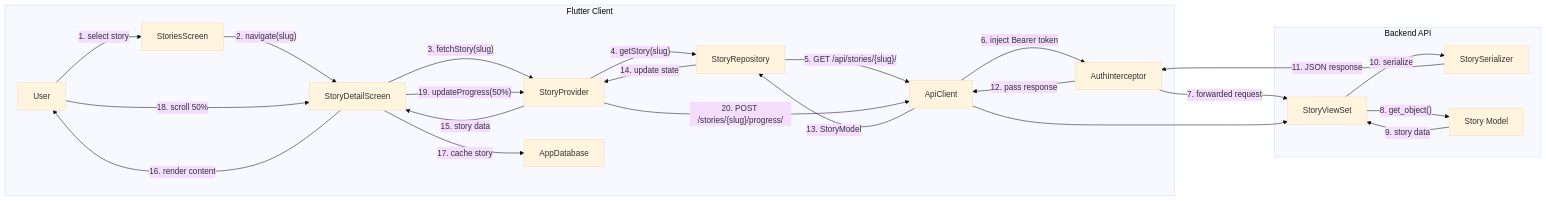
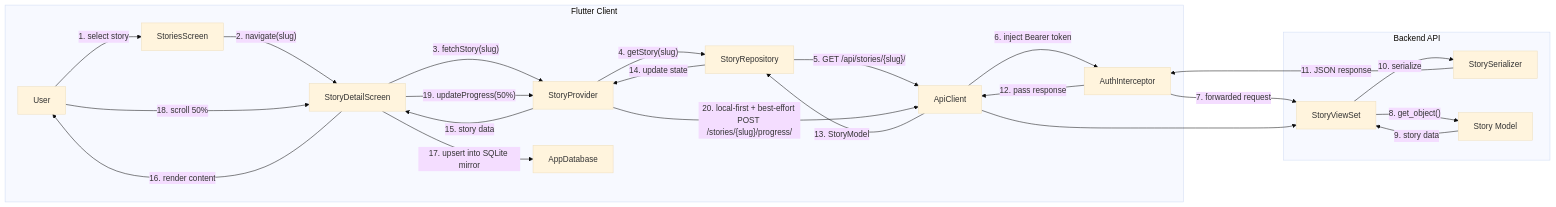
The first of 5 diagrams in docs/diagrams/05-communication-diagram.md (fabiljayson/Griot-2.0), drawn with Mermaid (base theme) before and after one commit. The commit also changed other lines of this file and 87 other files, not shown here.

````diff
--- a/docs/diagrams/05-communication-diagram.md
+++ b/docs/diagrams/05-communication-diagram.md
@@ -5,42 +5,42 @@
 ```mermaid
 flowchart LR
     subgraph "Flutter Client"
         U["User"]
         SS["StoriesScreen"]
         SD["StoryDetailScreen"]
         SP["StoryProvider"]
         SR["StoryRepository"]
         AC["ApiClient"]
         AI["AuthInterceptor"]
         DB["AppDatabase"]
     end
 
     subgraph "Backend API"
         SV["StoryViewSet"]
         SVS["StorySerializer"]
         Mod["Story Model"]
     end
 
     U -- "1. select story" --> SS
     SS -- "2. navigate(slug)" --> SD
     SD -- "3. fetchStory(slug)" --> SP
     SP -- "4. getStory(slug)" --> SR
     SR -- "5. GET /api/stories/{slug}/" --> AC
     AC -- "6. inject Bearer token" --> AI
     AI -- "7. forwarded request" --> SV
     SV -- "8. get_object()" --> Mod
     Mod -- "9. story data" --> SV
     SV -- "10. serialize" --> SVS
     SVS -- "11. JSON response" --> AI
     AI -- "12. pass response" --> AC
     AC -- "13. StoryModel" --> SR
     SR -- "14. update state" --> SP
     SP -- "15. story data" --> SD
     SD -- "16. render content" --> U
 
-    SD -- "17. cache story" --> DB
+    SD -- "17. upsert into SQLite mirror" --> DB
     U -- "18. scroll 50%" --> SD
     SD -- "19. updateProgress(50%)" --> SP
-    SP -- "20. POST /stories/{slug}/progress/" --> AC
+    SP -- "20. local-first + best-effort POST /stories/{slug}/progress/" --> AC
     AC --> SV
 ```
````
